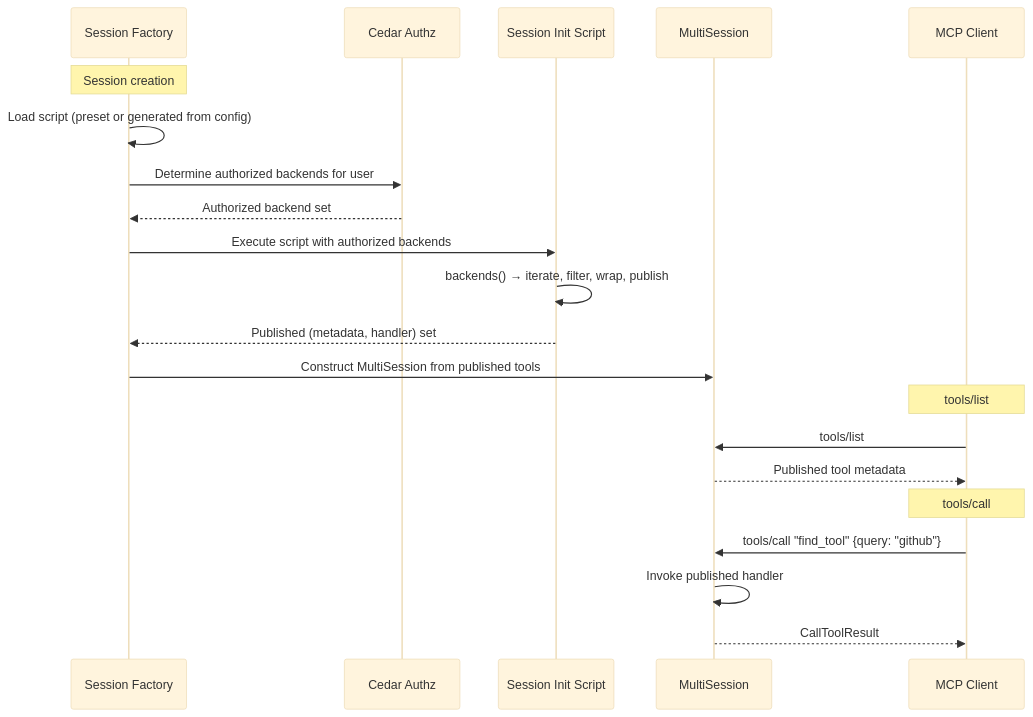
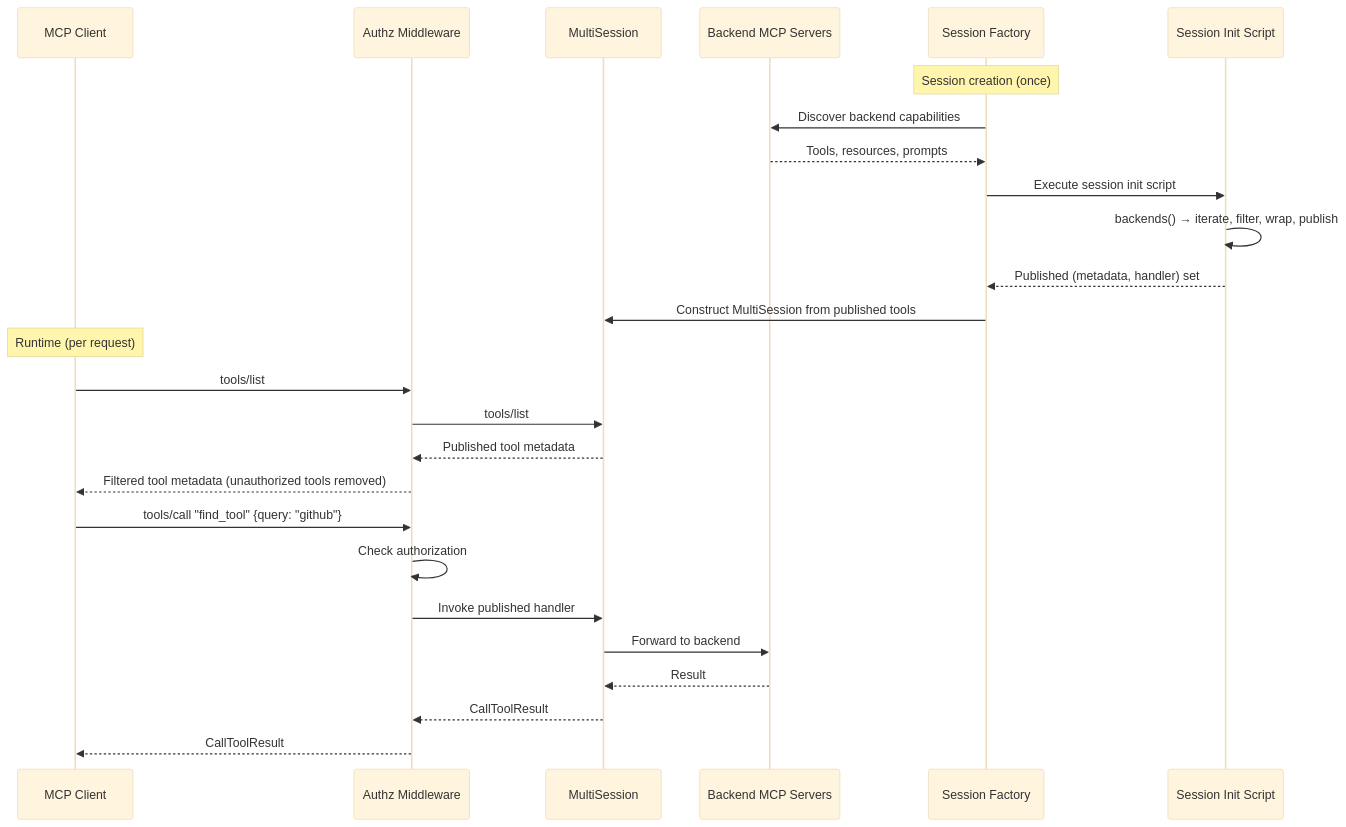
The second of 2 diagrams in rfcs/THV-0059-starlark-programmable-middleware.md (stacklok/toolhive-rfcs), drawn with Mermaid (base theme) before and after one commit. The commit also changed other lines of this file, not shown here.

````diff
--- a/rfcs/THV-0059-starlark-programmable-middleware.md
+++ b/rfcs/THV-0059-starlark-programmable-middleware.md
@@ -540,27 +675,31 @@
 ```mermaid
 sequenceDiagram
+    participant Agent as MCP Client
+    participant Authz as Authz Middleware
+    participant Session as MultiSession
+    participant Backend as Backend MCP Servers
     participant Factory as Session Factory
-    participant Cedar as Cedar Authz
     participant Script as Session Init Script
-    participant Session as MultiSession
-    participant Agent as MCP Client
 
-    Note over Factory: Session creation
-    Factory->>Factory: Load script (preset or generated from config)
-    Factory->>Cedar: Determine authorized backends for user
-    Cedar-->>Factory: Authorized backend set
-
-    Factory->>Script: Execute script with authorized backends
+    Note over Factory: Session creation (once)
+    Factory->>Backend: Discover backend capabilities
+    Backend-->>Factory: Tools, resources, prompts
+    Factory->>Script: Execute session init script
     Script->>Script: backends() → iterate, filter, wrap, publish
     Script-->>Factory: Published (metadata, handler) set
     Factory->>Session: Construct MultiSession from published tools
 
-    Note over Agent: tools/list
-    Agent->>Session: tools/list
-    Session-->>Agent: Published tool metadata
+    Note over Agent: Runtime (per request)
+    Agent->>Authz: tools/list
+    Authz->>Session: tools/list
+    Session-->>Authz: Published tool metadata
+    Authz-->>Agent: Filtered tool metadata (unauthorized tools removed)
 
-    Note over Agent: tools/call
-    Agent->>Session: tools/call "find_tool" {query: "github"}
-    Session->>Session: Invoke published handler
-    Session-->>Agent: CallToolResult
+    Agent->>Authz: tools/call "find_tool" {query: "github"}
+    Authz->>Authz: Check authorization
+    Authz->>Session: Invoke published handler
+    Session->>Backend: Forward to backend
+    Backend-->>Session: Result
+    Session-->>Authz: CallToolResult
+    Authz-->>Agent: CallToolResult
 ```
````
